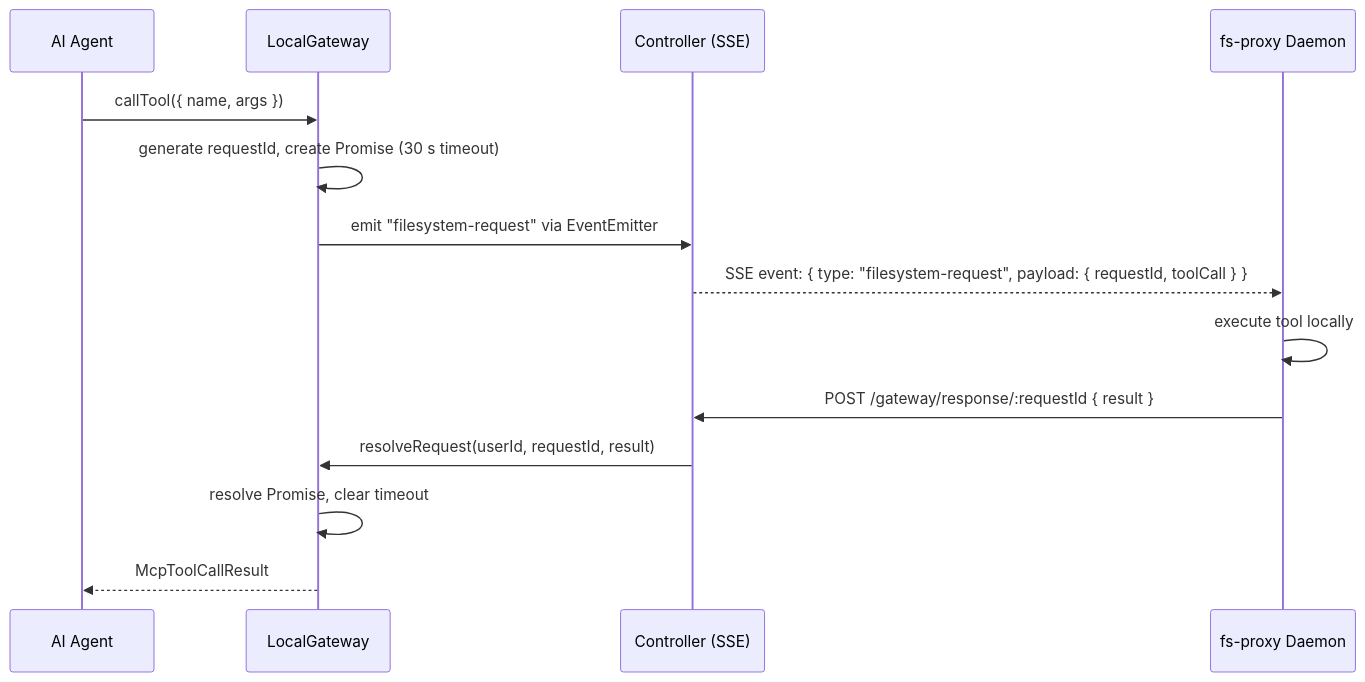
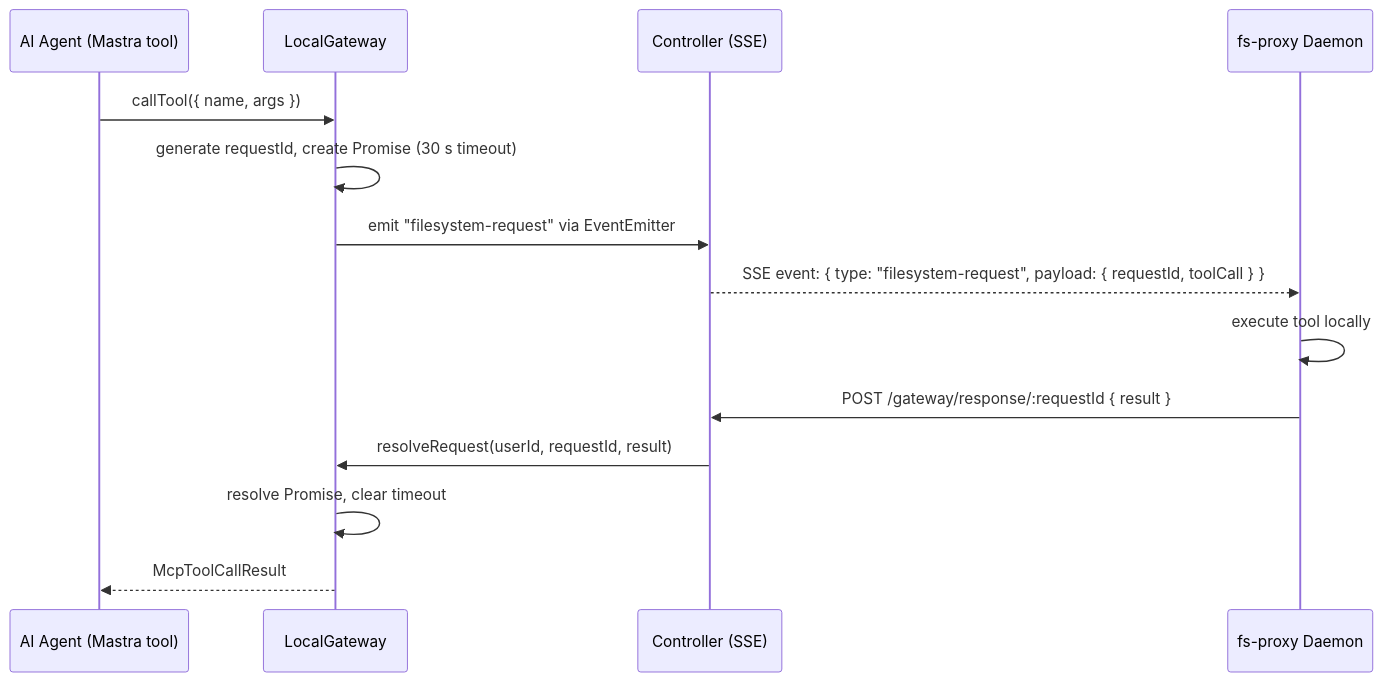
The fourth of 5 diagrams in packages/@n8n/fs-proxy/spec/technical-spec.md (mayankjain1815-commits/n8n), drawn with Mermaid before and after one commit. The commit also changed other lines of this file and 28 other files, not shown here.

````diff
--- a/packages/@n8n/fs-proxy/spec/technical-spec.md
+++ b/packages/@n8n/fs-proxy/spec/technical-spec.md
@@ -275,18 +277,18 @@
 ```mermaid
 sequenceDiagram
-    participant A as AI Agent
+    participant A as AI Agent (Mastra tool)
     participant GW as LocalGateway
     participant SRV as Controller (SSE)
     participant D as fs-proxy Daemon
 
     A->>GW: callTool({ name, args })
     GW->>GW: generate requestId, create Promise (30 s timeout)
     GW->>SRV: emit "filesystem-request" via EventEmitter
     SRV-->>D: SSE event: { type: "filesystem-request", payload: { requestId, toolCall } }
 
     D->>D: execute tool locally
     D->>SRV: POST /gateway/response/:requestId { result }
     SRV->>GW: resolveRequest(userId, requestId, result)
     GW->>GW: resolve Promise, clear timeout
     GW-->>A: McpToolCallResult
 ```
````
